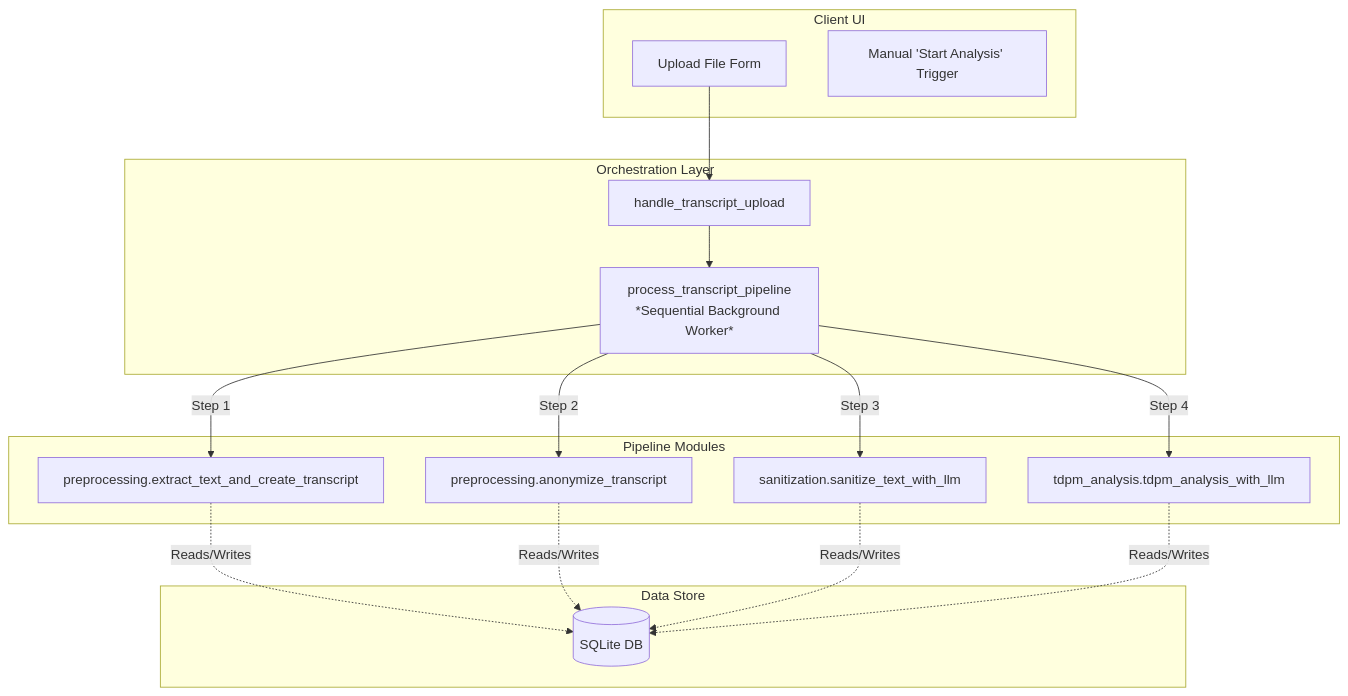
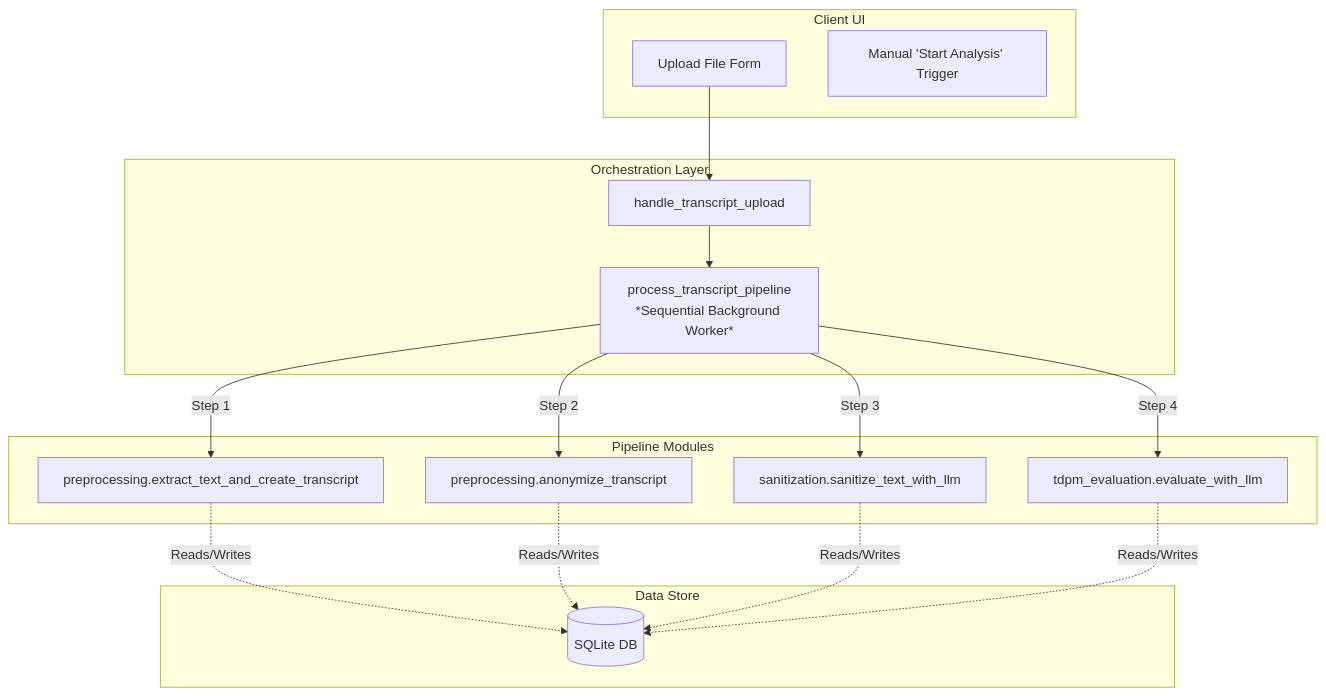
One commit to wpramio/symptoms-analyser changed the diagram in docs/transcript_analysis_pipeline_decoupling_analysis.md. Above: the diagram before and after it, drawn with Mermaid. The commit also changed other lines of this file and 9 other files, not shown here.

First line of the commit message:
refactor: rename tdpm_analysis to tdpm_evaluation and tdpm_analysis_with_llm to evaluate_with_llm

````diff
--- a/docs/transcript_analysis_pipeline_decoupling_analysis.md
+++ b/docs/transcript_analysis_pipeline_decoupling_analysis.md
@@ -11,37 +11,37 @@
 ```mermaid
 flowchart TD
     subgraph Client [Client UI]
         Upload[Upload File Form]
         TriggerAnalyze[Manual 'Start Analysis' Trigger]
     end
 
     subgraph Orchestrator [Orchestration Layer]
         UploadHandler[handle_transcript_upload]
         ThreadLinear[process_transcript_pipeline\n*Sequential Background Worker*]
     end
 
     subgraph Modules [Pipeline Modules]
         Extract[preprocessing.extract_text_and_create_transcript]
         Anon[preprocessing.anonymize_transcript]
         Sanitize[sanitization.sanitize_text_with_llm]
-        TDPM[tdpm_analysis.tdpm_analysis_with_llm]
+        TDPM[tdpm_evaluation.evaluate_with_llm]
     end
 
     subgraph Data [Data Store]
         DB[(SQLite DB)]
     end
 
     Upload --> UploadHandler
     UploadHandler --> ThreadLinear
     
     %% Current Flow (Solid Arrows)
     ThreadLinear -->|Step 1| Extract
     ThreadLinear -->|Step 2| Anon
     ThreadLinear -->|Step 3| Sanitize
     ThreadLinear -->|Step 4| TDPM
     
     Extract -.->|Reads/Writes| DB
     Anon -.->|Reads/Writes| DB
     Sanitize -.->|Reads/Writes| DB
     TDPM -.->|Reads/Writes| DB
 ```
````
